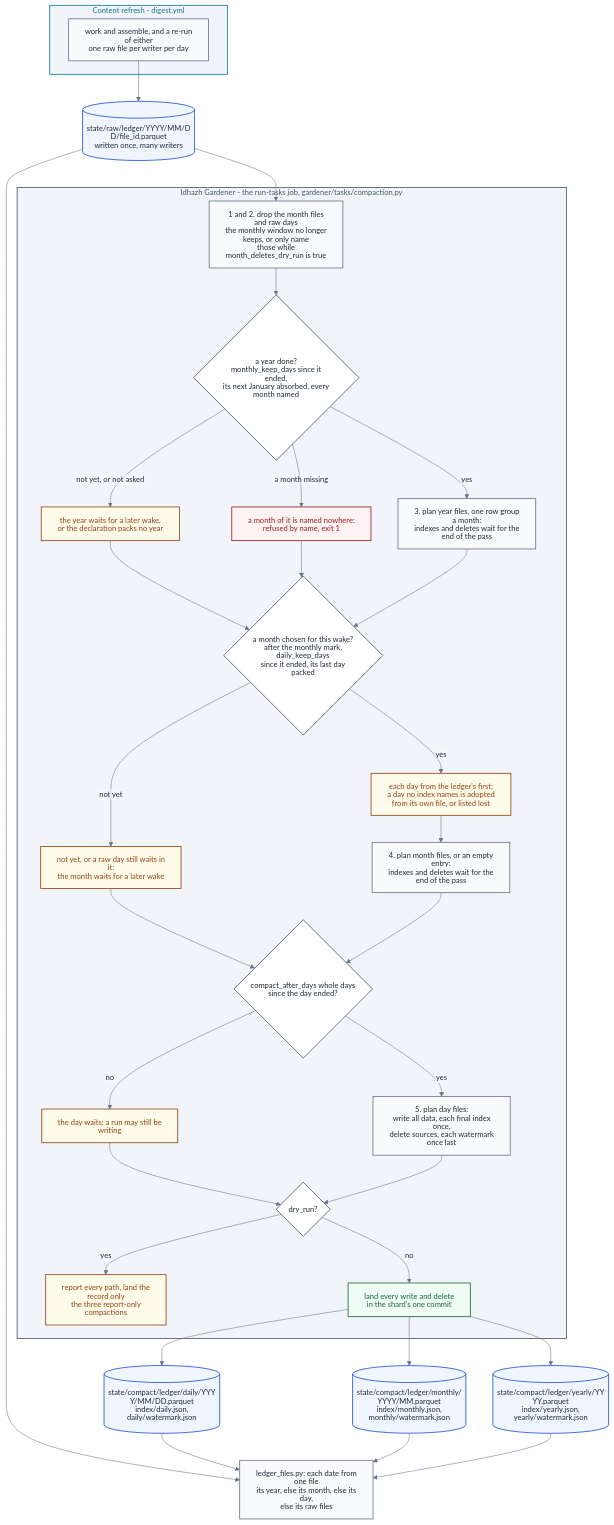
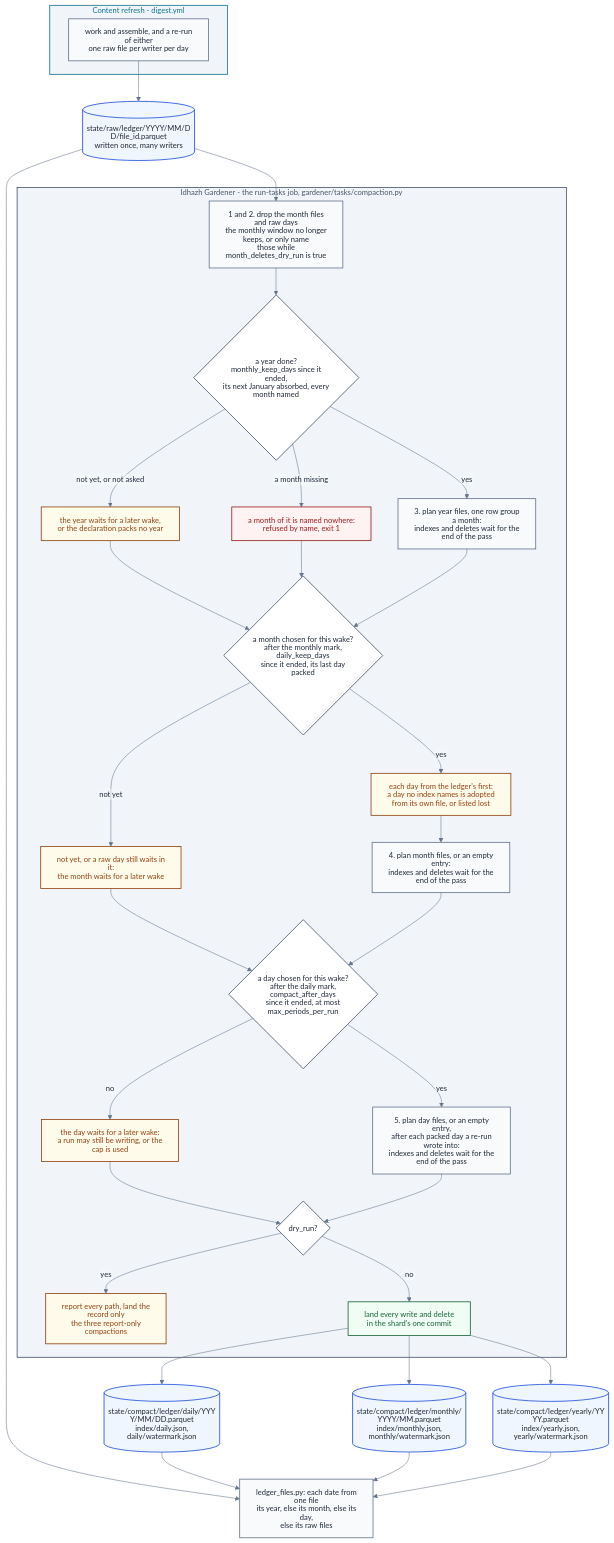
Before and after one commit to miztiik/yen-idhazh: the diagram in docs/architecture/publishing/ledger-compaction.md, drawn with Mermaid. The commit also changed other lines of this file and 19 other files, not shown here.

First line of the commit message:
The compaction packs the days after its own mark, and a quiet day gets no file (#1309)

````diff
--- a/docs/architecture/publishing/ledger-compaction.md
+++ b/docs/architecture/publishing/ledger-compaction.md
@@ -32,78 +32,78 @@
 ```mermaid
 %%{init: {"theme": "base", "htmlLabels": false, "themeVariables": {"background": "#ffffff", "primaryColor": "#f8fafc", "primaryTextColor": "#1f2937", "primaryBorderColor": "#64748b", "lineColor": "#64748b", "textColor": "#1f2937", "clusterBkg": "#f1f5f9", "clusterBorder": "#64748b", "titleColor": "#1f2937", "edgeLabelBackground": "#f8fafc", "fontSize": "14px"}}}%%
 flowchart TB
   subgraph REFRESH["Content refresh - digest.yml"]
     W["work and assemble, and a re-run of either<br/>one raw file per writer per day"]
   end
 
   RAWF[("state/raw/ledger/YYYY/MM/DD/file_id.parquet<br/>written once, many writers")]
 
   subgraph GARDEN["Idhazh Gardener - the run-tasks job, gardener/tasks/compaction.py"]
     DROP["1 and 2. drop the month files and raw days<br/>the monthly window no longer keeps, or only name<br/>those while month_deletes_dry_run is true"]
     YDONE{"a year done?<br/>monthly_keep_days since it ended,<br/>its next January absorbed, every month named"}
     YWAIT["the year waits for a later wake,<br/>or the declaration packs no year"]
     YHOLE["a month of it is named nowhere:<br/>refused by name, exit 1"]
     PACK["3. plan year files, one row group a month:<br/>indexes and deletes wait for the end of the pass"]
     MDONE{"a month chosen for this wake?<br/>after the monthly mark, daily_keep_days<br/>since it ended, its last day packed"}
     MWAIT["not yet, or a raw day still waits in it:<br/>the month waits for a later wake"]
     MREC["each day from the ledger's first:<br/>a day no index names is adopted<br/>from its own file, or listed lost"]
     ABSORB["4. plan month files, or an empty entry:<br/>indexes and deletes wait for the end of the pass"]
-    DDUE{"compact_after_days whole days<br/>since the day ended?"}
-    DHOLD["the day waits: a run may still be writing"]
-    TAKE["5. plan day files:<br/>write all data, each final index once,<br/>delete sources, each watermark once last"]
+    DDUE{"a day chosen for this wake?<br/>after the daily mark, compact_after_days<br/>since it ended, at most max_periods_per_run"}
+    DHOLD["the day waits for a later wake:<br/>a run may still be writing, or the cap is used"]
+    TAKE["5. plan day files, or an empty entry,<br/>after each packed day a re-run wrote into:<br/>indexes and deletes wait for the end of the pass"]
     DRY{"dry_run?"}
     REPORT["report every path, land the record only<br/>the three report-only compactions"]
     LAND["land every write and delete<br/>in the shard's one commit"]
   end
 
   DAILY[("state/compact/ledger/daily/YYYY/MM/DD.parquet<br/>index/daily.json, daily/watermark.json")]
   MONTHLY[("state/compact/ledger/monthly/YYYY/MM.parquet<br/>index/monthly.json, monthly/watermark.json")]
   YEARLY[("state/compact/ledger/yearly/YYYY.parquet<br/>index/yearly.json, yearly/watermark.json")]
   READER["ledger_files.py: each date from one file<br/>its year, else its month, else its day,<br/>else its raw files"]
 
   W --> RAWF
   RAWF --> DROP
   DROP --> YDONE
   YDONE -->|"not yet, or not asked"| YWAIT
   YDONE -->|"a month missing"| YHOLE
   YDONE -->|"yes"| PACK
   YWAIT --> MDONE
   YHOLE --> MDONE
   PACK --> MDONE
   MDONE -->|"not yet"| MWAIT
   MDONE -->|"yes"| MREC
   MREC --> ABSORB
   MWAIT --> DDUE
   ABSORB --> DDUE
   DDUE -->|"no"| DHOLD
   DDUE -->|"yes"| TAKE
   DHOLD --> DRY
   TAKE --> DRY
   DRY -->|"yes"| REPORT
   DRY -->|"no"| LAND
   LAND --> DAILY
   LAND --> MONTHLY
   LAND --> YEARLY
   RAWF --> READER
   DAILY --> READER
   MONTHLY --> READER
   YEARLY --> READER
 
   classDef stage fill:#f8fafc,stroke:#64748b,stroke-width:1.5px,color:#1f2937;
   classDef decision fill:#ffffff,stroke:#475569,stroke-width:1.5px,color:#1f2937;
   classDef yes fill:#f0fdf4,stroke:#166534,stroke-width:1.5px,color:#166534;
   classDef no fill:#fef2f2,stroke:#991b1b,stroke-width:1.5px,color:#991b1b;
   classDef warn fill:#fffbeb,stroke:#92400e,stroke-width:1.5px,color:#92400e;
   classDef ledger fill:#eff6ff,stroke:#1d4ed8,stroke-width:1.5px,color:#1f2937;
   classDef sysOps fill:#f1f5f9,stroke:#475569,stroke-width:1.5px,color:#475569;
   classDef sysPublish fill:#f1f5f9,stroke:#0e7490,stroke-width:1.5px,color:#0e7490;
 
   class W,DROP,PACK,ABSORB,TAKE,READER stage;
   class YDONE,MDONE,DDUE,DRY decision;
   class LAND yes;
   class YHOLE no;
   class YWAIT,MWAIT,MREC,DHOLD,REPORT warn;
   class RAWF,DAILY,MONTHLY,YEARLY ledger;
   class REFRESH sysPublish;
   class GARDEN sysOps;
 ```
````
